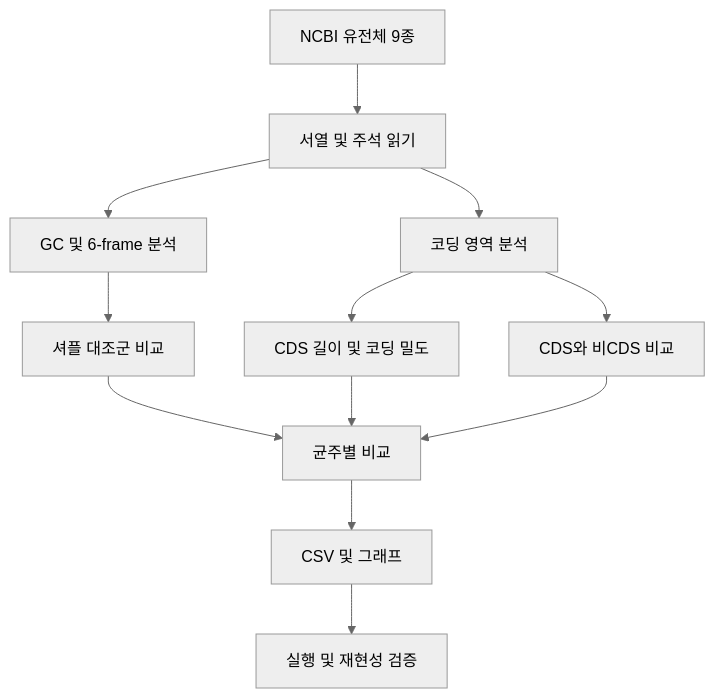
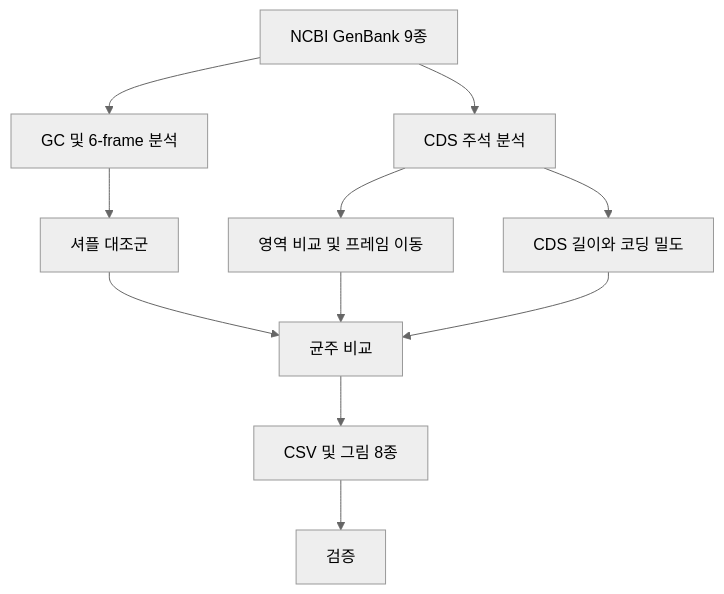
The diagram in README.md (elin9785-afk/yujikang), drawn with Mermaid (neutral theme) before and after one commit. The commit also changed other lines of this file and 22 other files, not shown here.

````diff
--- a/README.md
+++ b/README.md
@@ -189,14 +26,13 @@
 ```mermaid
 flowchart TD
-    A[NCBI 유전체 9종] --> B[서열 및 주석 읽기]
-    B --> C[GC 및 6-frame 분석]
-    B --> D[코딩 영역 분석]
-    C --> E[셔플 대조군 비교]
-    D --> F[CDS 길이 및 코딩 밀도]
-    D --> G[CDS와 비CDS 비교]
-    E --> H[균주별 비교]
-    F --> H
-    G --> H
-    H --> I[CSV 및 그래프]
-    I --> J[실행 및 재현성 검증]
+    A[NCBI GenBank 9종] --> B[GC 및 6-frame 분석]
+    A --> C[CDS 주석 분석]
+    B --> D[셔플 대조군]
+    C --> E[영역 비교 및 프레임 이동]
+    C --> F[CDS 길이와 코딩 밀도]
+    D --> G[균주 비교]
+    E --> G
+    F --> G
+    G --> H[CSV 및 그림 8종]
+    H --> I[검증]
 ```
````
